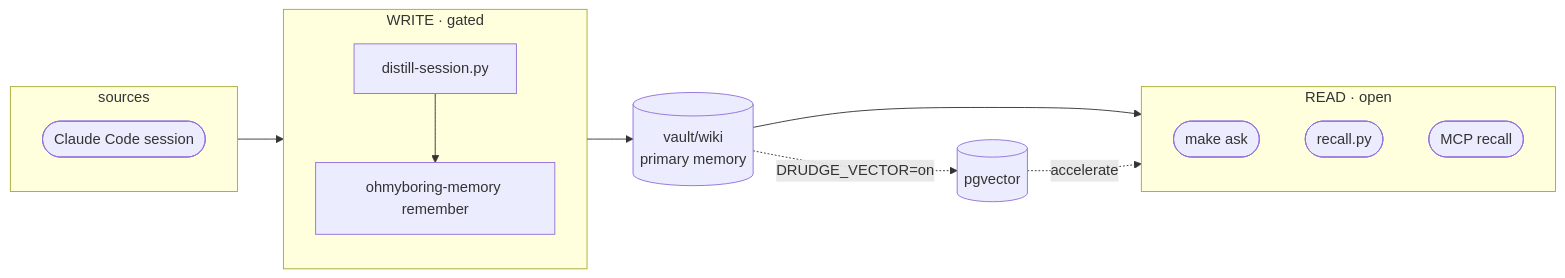
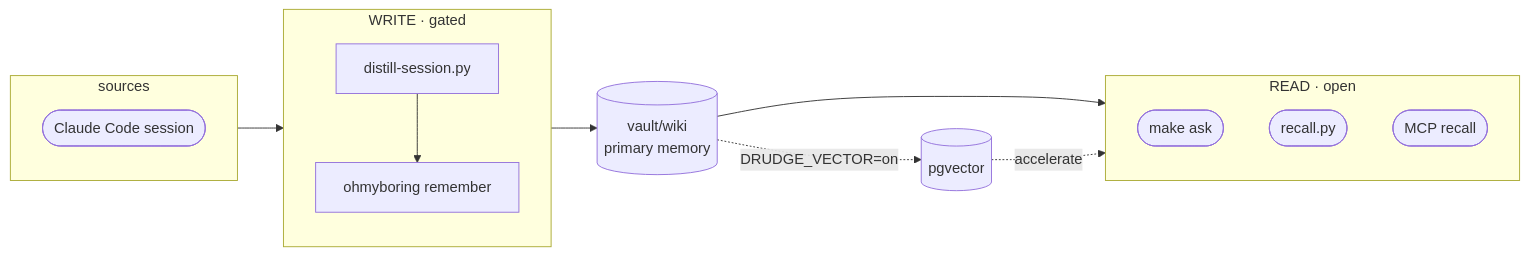
Before and after one commit to jazz1x/ohmyboring: the diagram in README.ja.md, drawn with Mermaid. The commit also changed other lines of this file and 17 other files, not shown here.

First line of the commit message:
refactor(mcp): rename MCP server from ohmyboring-memory to ohmyboring

````diff
--- a/README.ja.md
+++ b/README.ja.md
@@ -51,18 +51,18 @@
 ```mermaid
 flowchart LR
   subgraph SRC [sources]
     CC([Claude Code session])
   end
   subgraph WRITE [WRITE · gated]
-    D["distill-session.py"] --> REM["ohmyboring-memory remember"]
+    D["distill-session.py"] --> REM["ohmyboring remember"]
   end
   WIKI[("vault/wiki<br/>primary memory")]
   subgraph RD [READ · open]
     ASK([make ask])
     REC([recall.py])
     MCP([MCP recall])
   end
   SRC --> WRITE --> WIKI --> RD
   WIKI -. "DRUDGE_VECTOR=on" .-> PG[("pgvector")]
   PG -. accelerate .-> RD
 ```
````
